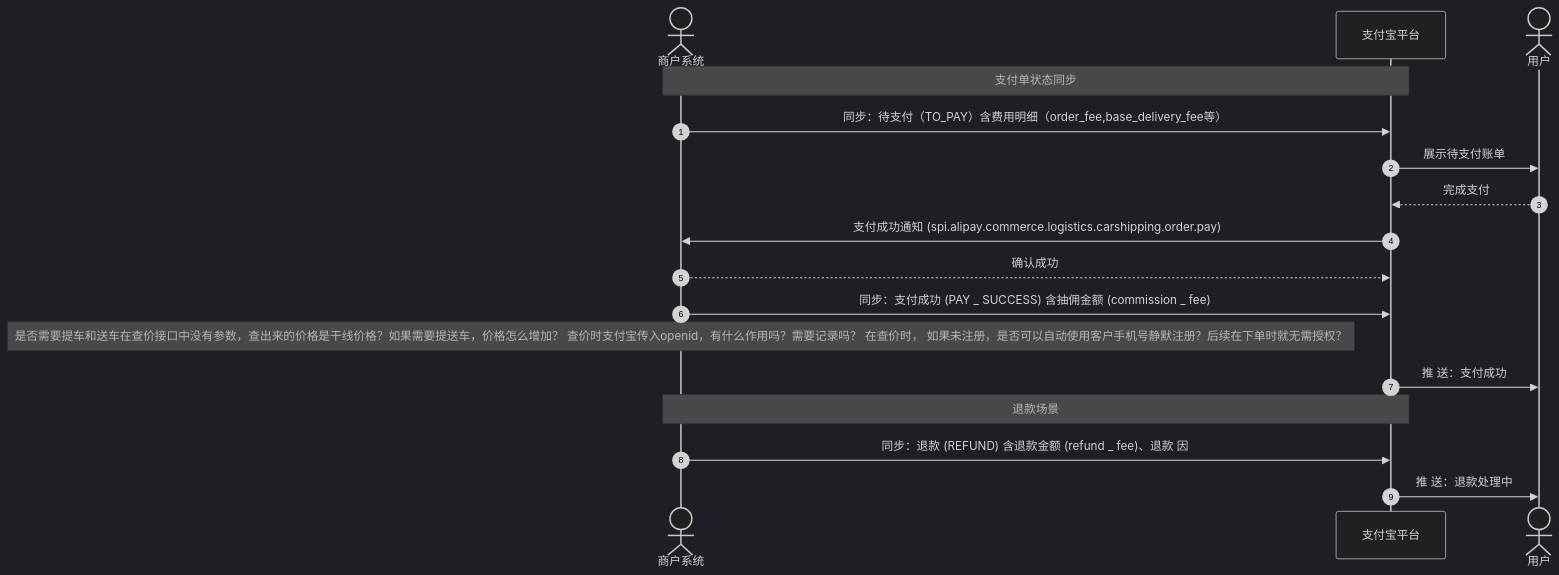
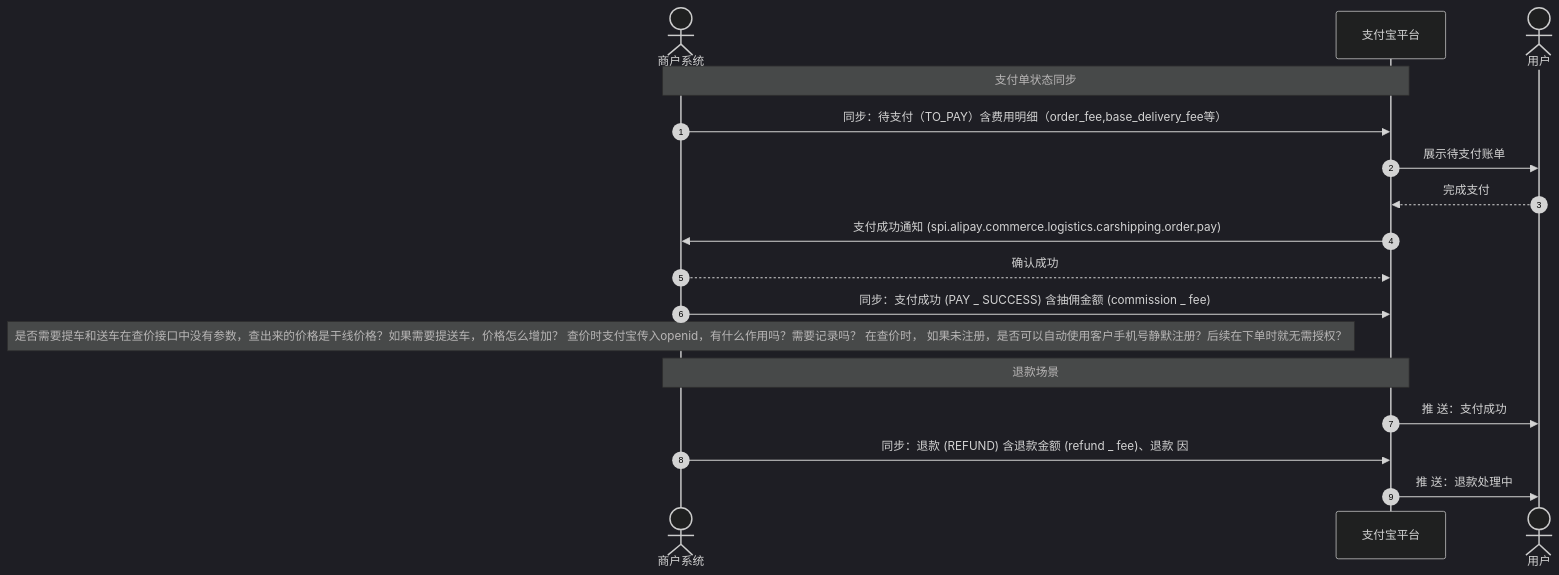
The diagram in notes/支付单状态同步时序_b3042cb3-08c1-43b5-b440-32d3f6443821.md (pingpm/mermaid_vault), drawn with Mermaid (dark theme) before and after one commit. The commit also changed other lines of this file and 2 other files, not shown here.

Commit message:
Sync Mermaid Studio data (15 diagrams)

````diff
--- a/notes/支付单状态同步时序_b3042cb3-08c1-43b5-b440-32d3f6443821.md
+++ b/notes/支付单状态同步时序_b3042cb3-08c1-43b5-b440-32d3f6443821.md
@@ -3,20 +3,20 @@
 ```mermaid
 sequenceDiagram
   autonumber
   actor p0 as 商户系统
   participant p1 as ⽀付宝平台
   actor p2 as 用户
   Note over p0,p1: ⽀付单状态同步
   p0->>p1: 同步：待支付（TO_PAY）含费用明细（order_fee,base_delivery_fee等）
   p1->>p2: 展示待⽀付账单
   p2-->>p1: 完成⽀付
   p1->>p0: ⽀付成功通知 (spi.alipay.commerce.logistics.carshipping.order.pay)
   p0-->>p1: 确认成功
   p0->>p1: 同步：⽀付成功 (PAY _ SUCCESS) 含抽佣⾦额 (commission _ fee)
   Note over p0: 是否需要提车和送车在查价接口中没有参数，查出来的价格是干线价格？如果需要提送车，价格怎么增加？ 查价时支付宝传入openid，有什么作用吗？需要记录吗？ 在查价时， 如果未注册，是否可以自动使用客户手机号静默注册？后续在下单时就无需授权？
+  Note over p0,p1: 退款场景
   p1->>p2: 推 送：⽀付成功
-  Note over p0,p1: 退款场景
   p0->>p1: 同步：退款 (REFUND) 含退款⾦额 (refund _ fee)、退款 因
   p1->>p2: 推 送：退款处理中
 
 ```
````
